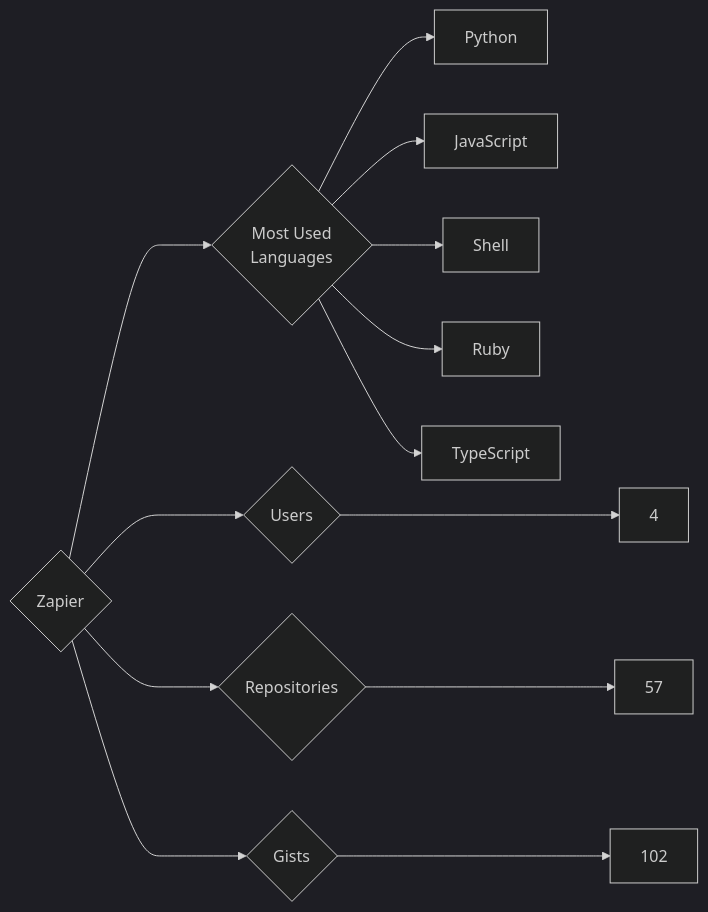
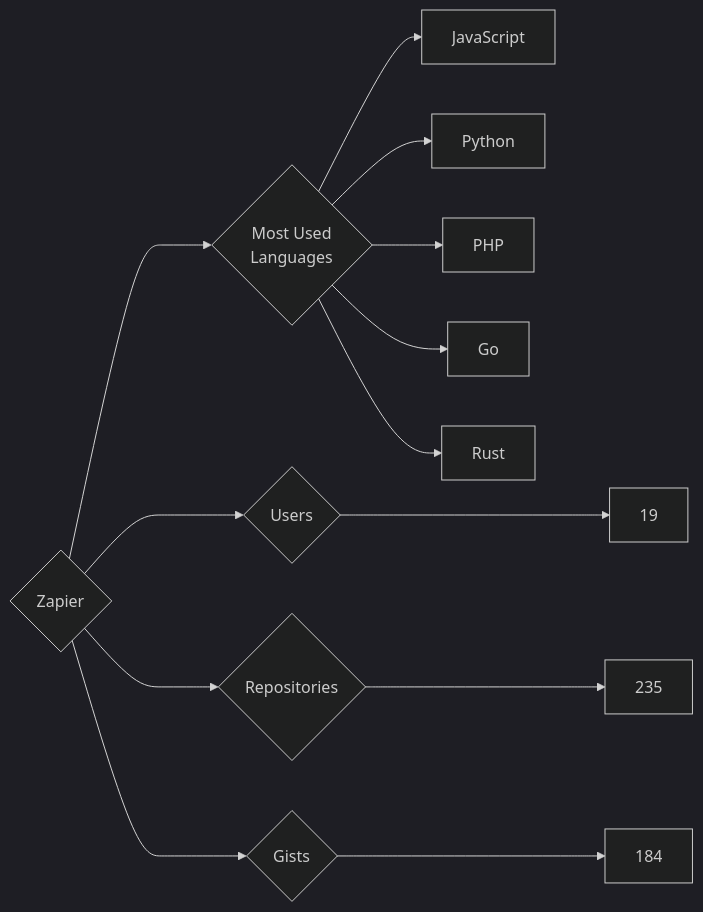
The diagram in targets/Zapier/README.md (trickest/insiders), drawn with Mermaid (dark theme) before and after one commit. The commit also changed 796 other files, not shown here.

````diff
--- a/targets/Zapier/README.md
+++ b/targets/Zapier/README.md
@@ -3,13 +3,13 @@
 ```mermaid
 graph LR
 COMPANY_NAME{Zapier}
-COMPANY_NAME ---> U{Users} ---> UN[4]
-COMPANY_NAME ---> R{Repositories} ---> RN[57]
-COMPANY_NAME ---> G{Gists} ---> GN[102]
+COMPANY_NAME ---> U{Users} ---> UN[19]
+COMPANY_NAME ---> R{Repositories} ---> RN[235]
+COMPANY_NAME ---> G{Gists} ---> GN[184]
 COMPANY_NAME ---> ML{Most Used<br>Languages}
+ML --> JavaScript[JavaScript]
 ML --> Python[Python]
-ML --> JavaScript[JavaScript]
-ML --> Shell[Shell]
-ML --> Ruby[Ruby]
-ML --> TypeScript[TypeScript]
+ML --> PHP[PHP]
+ML --> Go[Go]
+ML --> Rust[Rust]
 ```
````
